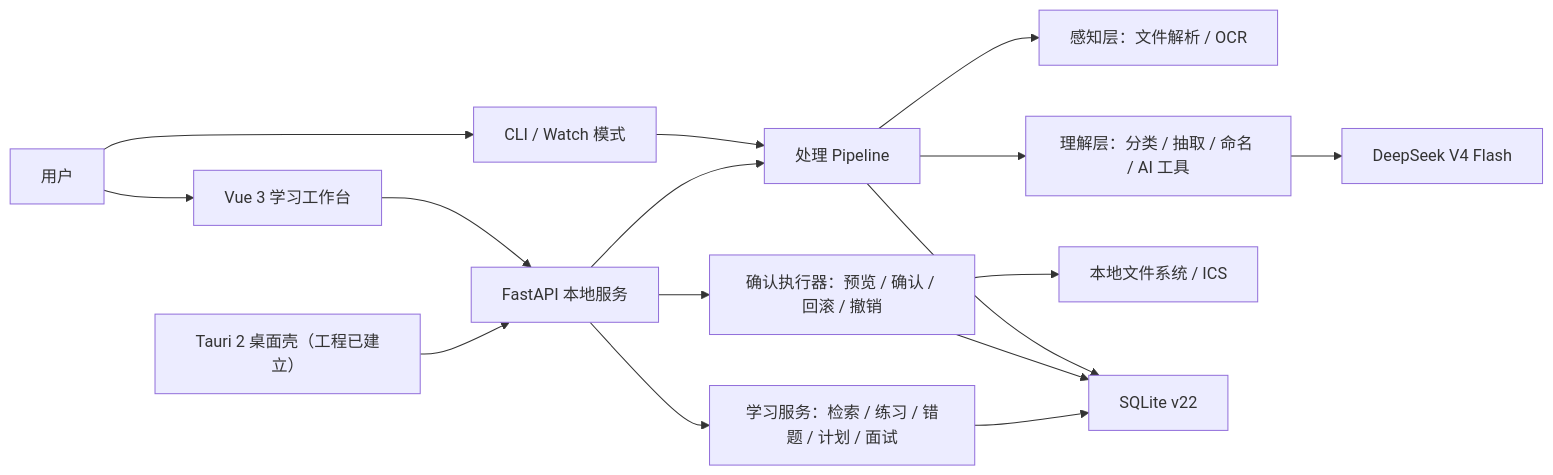
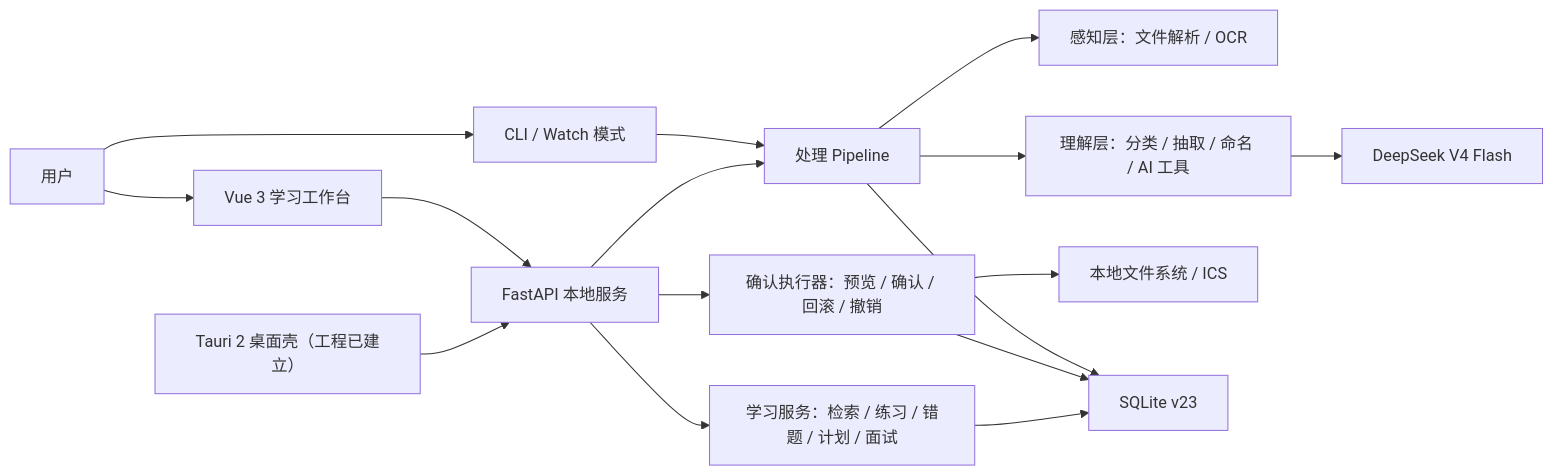
Before and after one commit to cooooooosdas/Filemate: the diagram in README.md, drawn with Mermaid. The commit also changed other lines of this file and 42 other files, not shown here.

````diff
--- a/README.md
+++ b/README.md
@@ -153,18 +154,18 @@
 ```mermaid
 flowchart LR
     U["用户"] --> V["Vue 3 学习工作台"]
     U --> C["CLI / Watch 模式"]
     V --> A["FastAPI 本地服务"]
     T["Tauri 2 桌面壳（工程已建立）"] --> A
     C --> P["处理 Pipeline"]
     A --> P
     P --> R["感知层：文件解析 / OCR"]
     P --> N["理解层：分类 / 抽取 / 命名 / AI 工具"]
     N --> L["DeepSeek V4 Flash"]
     A --> E["确认执行器：预览 / 确认 / 回滚 / 撤销"]
     A --> K["学习服务：检索 / 练习 / 错题 / 计划 / 面试"]
     E --> F["本地文件系统 / ICS"]
-    P --> S["SQLite v22"]
+    P --> S["SQLite v23"]
     E --> S
     K --> S
 ```
````
